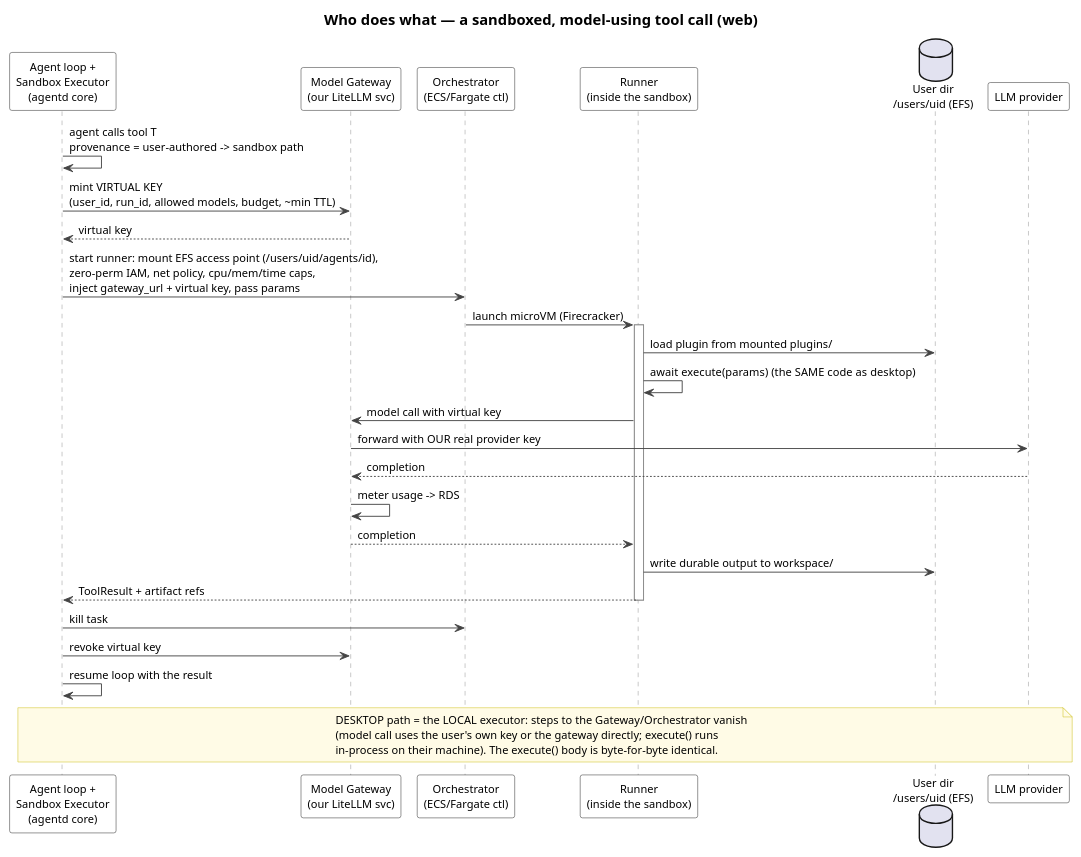
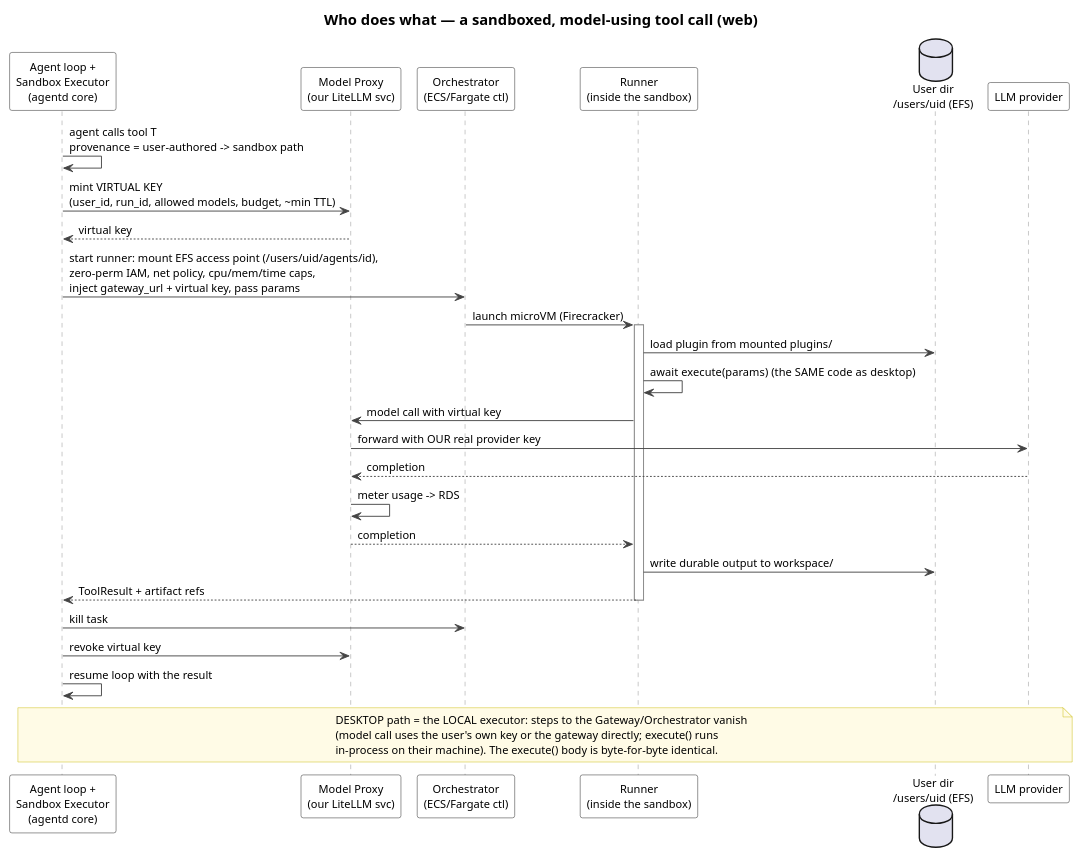
Before and after one commit to SaptarshiMazumder/pc-agent: the second of 2 diagrams in v2/planning/platform/diagrams/dispatch-seam.puml, drawn with PlantUML. The commit also changed 66 other files, not shown here.

Commit message:
Separated model-proxy microsevrice

```diff
--- a/v2/planning/platform/diagrams/dispatch-seam.puml
+++ b/v2/planning/platform/diagrams/dispatch-seam.puml
@@ -50,50 +50,50 @@
 @startuml sandbox-call-sequence
 title Who does what — a sandboxed, model-using tool call (web)
 
 skinparam shadowing false
 skinparam defaultFontName Segoe UI
 skinparam defaultFontSize 12
 skinparam TitleFontSize 16
 skinparam sequence {
   ArrowColor #444444
   LifeLineBorderColor #888888
   ParticipantBackgroundColor White
 }
 skinparam note {
   BackgroundColor #FFFBE6
   BorderColor #C8B900
 }
 
 participant "Agent loop +\nSandbox Executor\n(agentd core)" as E
-participant "Model Gateway\n(our LiteLLM svc)" as G
+participant "Model Proxy\n(our LiteLLM svc)" as G
 participant "Orchestrator\n(ECS/Fargate ctl)" as O
 participant "Runner\n(inside the sandbox)" as R
 database "User dir\n/users/uid (EFS)" as D
 participant "LLM provider" as P
 
 E -> E : agent calls tool T\nprovenance = user-authored -> sandbox path
 E -> G : mint VIRTUAL KEY\n(user_id, run_id, allowed models, budget, ~min TTL)
 G --> E : virtual key
 E -> O : start runner: mount EFS access point (/users/uid/agents/id),\nzero-perm IAM, net policy, cpu/mem/time caps,\ninject gateway_url + virtual key, pass params
 O -> R : launch microVM (Firecracker)
 activate R
 R -> D : load plugin from mounted plugins/
 R -> R : await execute(params)  (the SAME code as desktop)
 R -> G : model call with virtual key
 G -> P : forward with OUR real provider key
 P --> G : completion
 G -> G : meter usage -> RDS
 G --> R : completion
 R -> D : write durable output to workspace/
 R --> E : ToolResult + artifact refs
 deactivate R
 E -> O : kill task
 E -> G : revoke virtual key
 E -> E : resume loop with the result
 
 note over E, P
   DESKTOP path = the LOCAL executor: steps to the Gateway/Orchestrator vanish
   (model call uses the user's own key or the gateway directly; execute() runs
   in-process on their machine). The execute() body is byte-for-byte identical.
 end note
 @enduml
```
